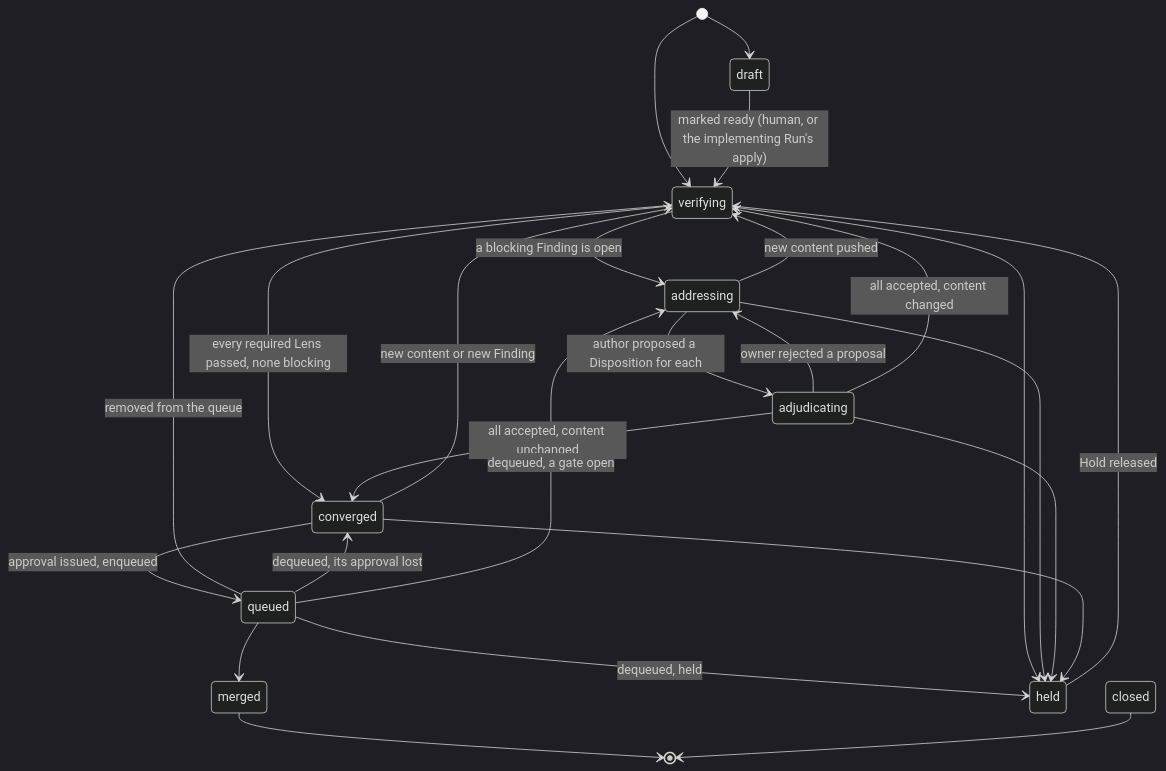
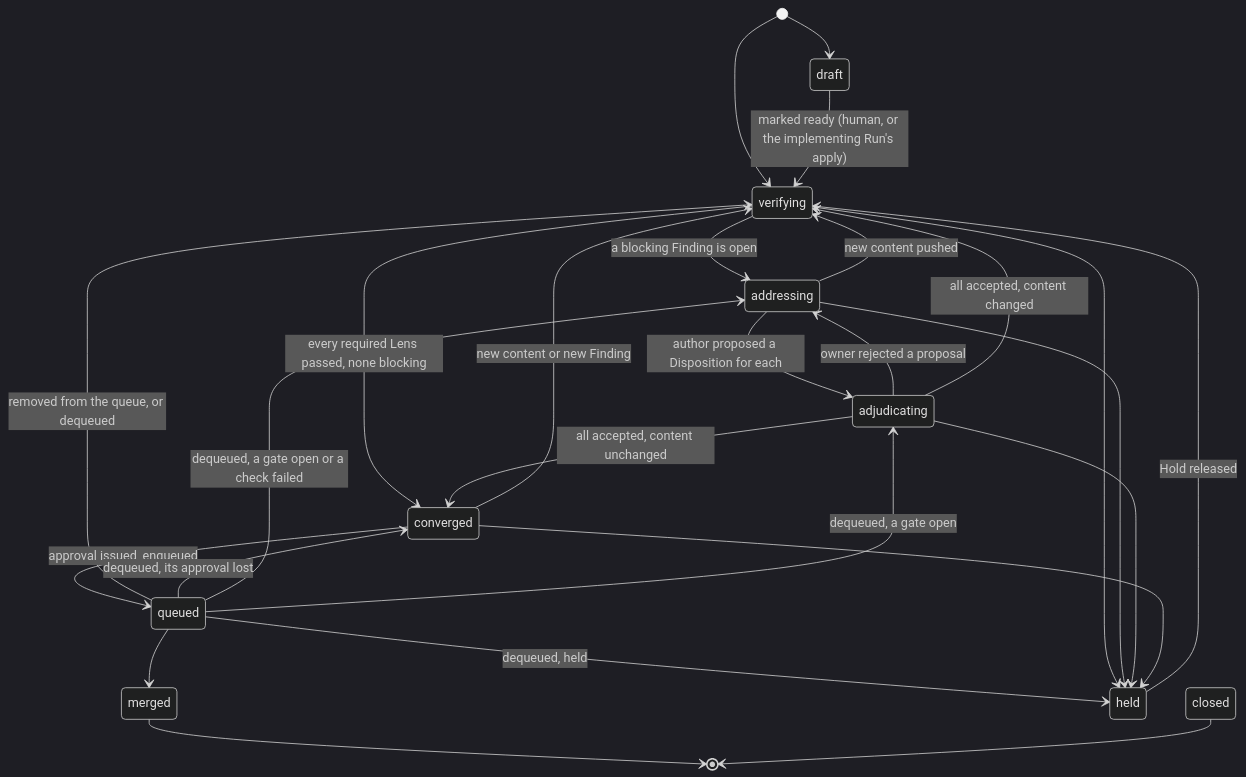
One commit to combsmith/software-factory changed the fourth of 6 diagrams in docs/architecture/software-factory-design.md. Above: the diagram before and after it, drawn with Mermaid (dark theme). The commit also changed other lines of this file and 13 other files, not shown here.

````diff
--- a/docs/architecture/software-factory-design.md
+++ b/docs/architecture/software-factory-design.md
@@ -856,27 +856,28 @@
 ```mermaid
 stateDiagram-v2
   [*] --> draft
   [*] --> verifying
   draft --> verifying: marked ready (human, or the implementing Run's apply)
   verifying --> addressing: a blocking Finding is open
   verifying --> converged: every required Lens passed, none blocking
   addressing --> adjudicating: author proposed a Disposition for each
   addressing --> verifying: new content pushed
   adjudicating --> addressing: owner rejected a proposal
   adjudicating --> verifying: all accepted, content changed
   adjudicating --> converged: all accepted, content unchanged
   converged --> queued: approval issued, enqueued
   converged --> verifying: new content or new Finding
   queued --> merged
-  queued --> verifying: removed from the queue
+  queued --> verifying: removed from the queue, or dequeued
   queued --> converged: dequeued, its approval lost
-  queued --> addressing: dequeued, a gate open
+  queued --> addressing: dequeued, a gate open or a check failed
+  queued --> adjudicating: dequeued, a gate open
   queued --> held: dequeued, held
   merged --> [*]
   closed --> [*]
   verifying --> held
   addressing --> held
   adjudicating --> held
   converged --> held
   held --> verifying: Hold released
 ```
````
